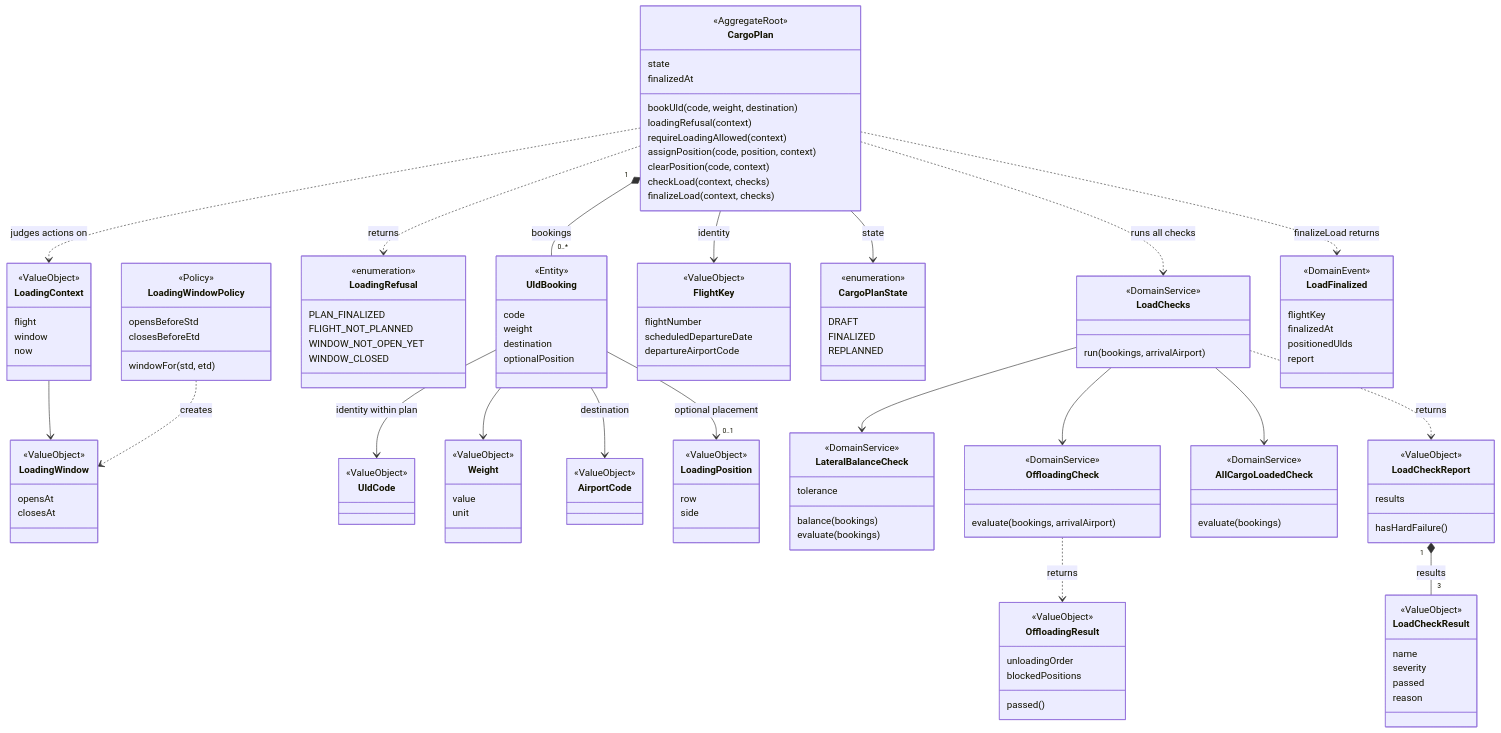
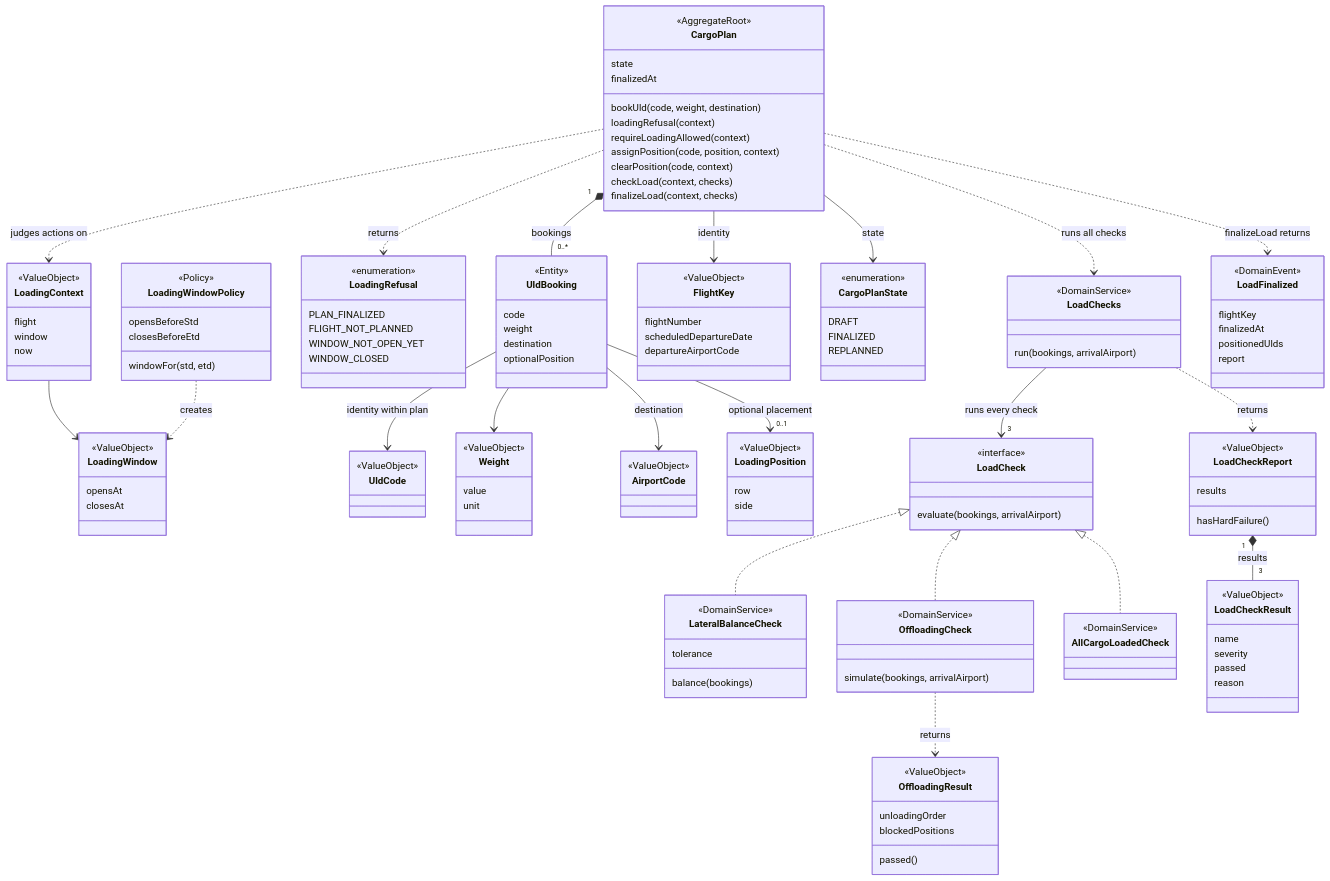
The fourth of 9 diagrams in architecture/analyse.md (ebhd/air-freight-operations), drawn with Mermaid before and after one commit. The commit also changed other lines of this file and 10 other files, not shown here.

First line of the commit message:
refactor: add LoadCheck interface for the cargo load checks

```diff
--- a/architecture/analyse.md
+++ b/architecture/analyse.md
@@ -240,15 +240,18 @@
         <<DomainService>>
         run(bookings, arrivalAirport)
     }
+    class LoadCheck {
+        <<interface>>
+        evaluate(bookings, arrivalAirport)
+    }
     class LateralBalanceCheck {
         <<DomainService>>
         tolerance
         balance(bookings)
-        evaluate(bookings)
     }
     class OffloadingCheck {
         <<DomainService>>
-        evaluate(bookings, arrivalAirport)
+        simulate(bookings, arrivalAirport)
     }
     class OffloadingResult {
         <<ValueObject>>
@@ -258,7 +261,6 @@
     }
     class AllCargoLoadedCheck {
         <<DomainService>>
-        evaluate(bookings)
     }
     class LoadCheckResult {
         <<ValueObject>>
@@ -291,9 +293,10 @@
     UldBooking --> AirportCode : destination
     UldBooking --> "0..1" LoadingPosition : optional placement
     CargoPlan ..> LoadChecks : runs all checks
-    LoadChecks --> LateralBalanceCheck
-    LoadChecks --> OffloadingCheck
-    LoadChecks --> AllCargoLoadedCheck
+    LoadChecks --> "3" LoadCheck : runs every check
+    LoadCheck <|.. LateralBalanceCheck
+    LoadCheck <|.. OffloadingCheck
+    LoadCheck <|.. AllCargoLoadedCheck
     OffloadingCheck ..> OffloadingResult : returns
     LoadChecks ..> LoadCheckReport : returns
     CargoPlan ..> LoadFinalized : finalizeLoad returns
```
